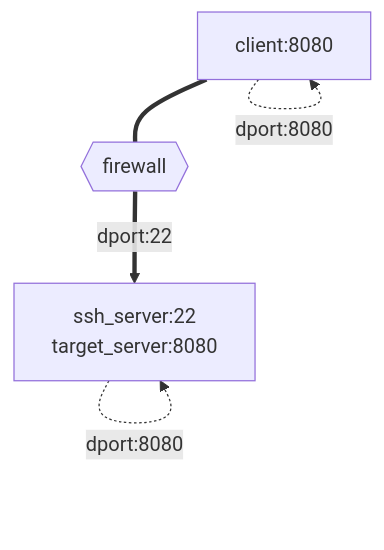
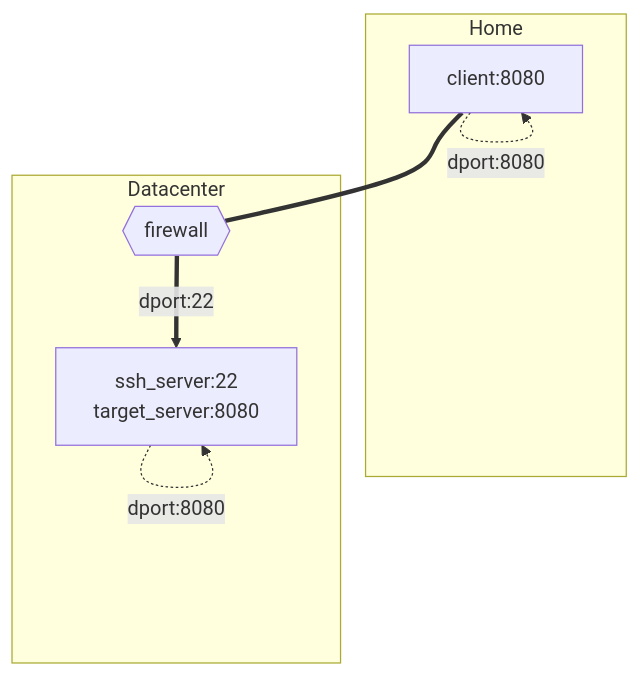
One commit to myseq/notes changed the fourth of 6 diagrams in markdown/diagrams.md. Above: the diagram before and after it, drawn with Mermaid.

````diff
--- a/markdown/diagrams.md
+++ b/markdown/diagrams.md
@@ -25,12 +25,17 @@
 ```mermaid
 graph TD
     client[client:8080]
     firewall{{firewall}}
     ssh_svr["ssh_server:22
              target_server:8080"]
     
+    subgraph local[Home]
     client -.-> |dport:8080| client
+    end
+    
+    subgraph remote[Datacenter]
     client === firewall ==> |dport:22| ssh_svr
     ssh_svr -.-> |dport:8080| ssh_svr
+    end
 
 ```
````
